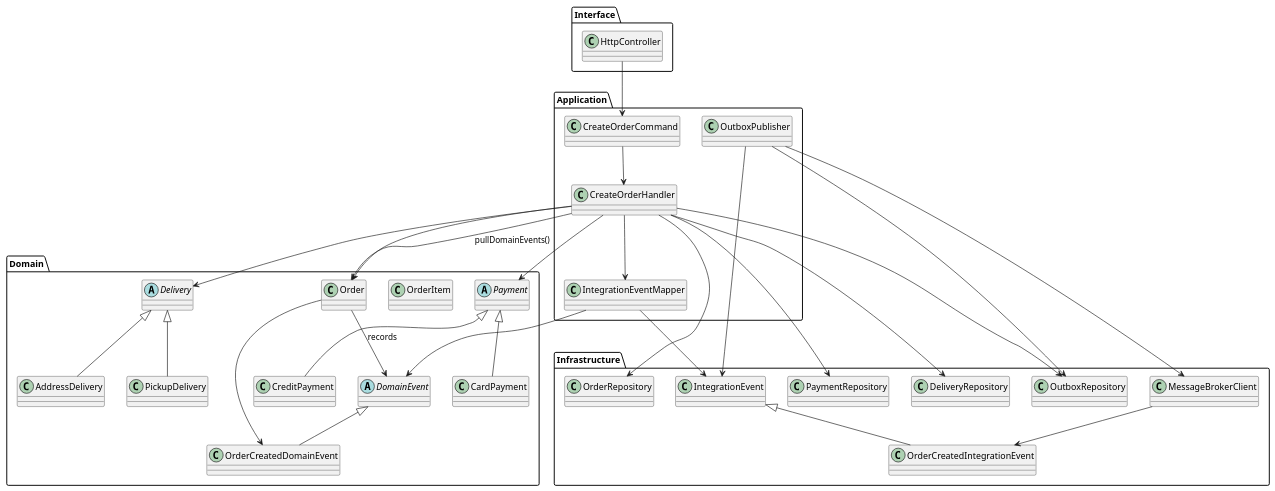
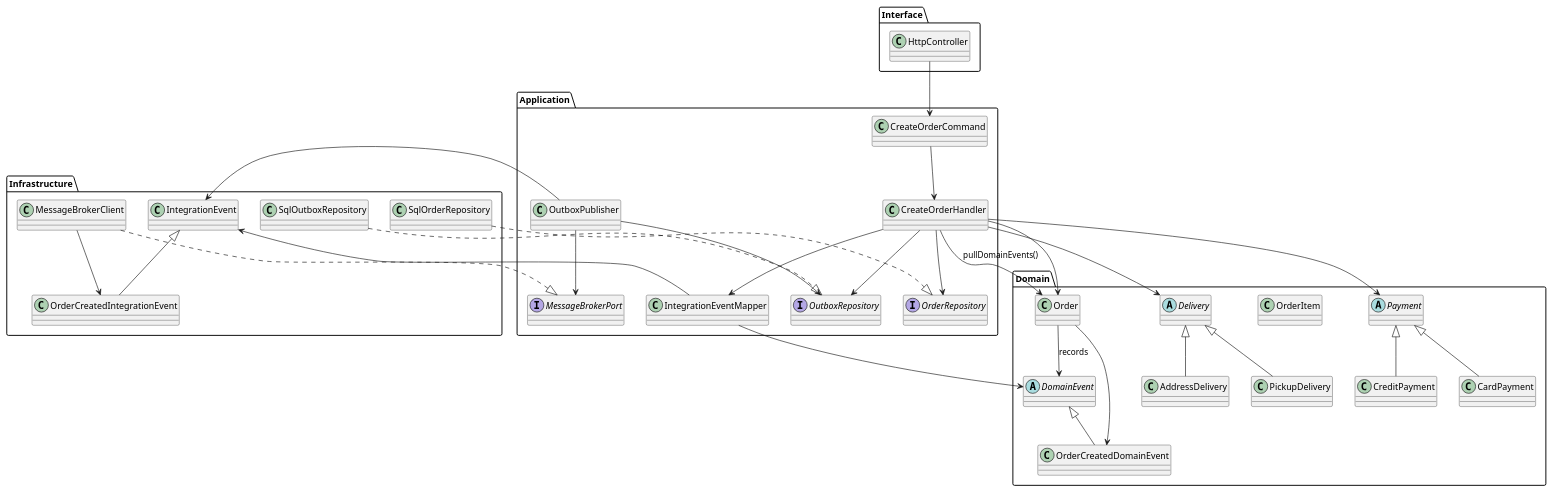
One commit to robotateme/order-service-design changed the diagram in architecture.puml. Above: the diagram before and after it, drawn with PlantUML.

Commit message:
Fix layer dependencies with application ports

```diff
--- a/architecture.puml
+++ b/architecture.puml
@@ -1,70 +1,72 @@
 @startuml
 
 package Application {
 class CreateOrderCommand
 class CreateOrderHandler
 class OutboxPublisher
 class IntegrationEventMapper
+interface OrderRepository
+interface OutboxRepository
+interface MessageBrokerPort
 }
 
 package Domain {
 class Order
 class OrderItem
 abstract class DomainEvent
 class OrderCreatedDomainEvent
 abstract class Delivery
 class PickupDelivery
 class AddressDelivery
 
 abstract class Payment
 class CardPayment
 class CreditPayment
 }
 
 package Infrastructure {
-class OrderRepository
-class PaymentRepository
-class DeliveryRepository
-class OutboxRepository
+class SqlOrderRepository
+class SqlOutboxRepository
 class MessageBrokerClient
 class IntegrationEvent
 class OrderCreatedIntegrationEvent
 }
 
 package Interface {
 class HttpController
 }
 
 HttpController --> CreateOrderCommand
 CreateOrderCommand --> CreateOrderHandler
 
 CreateOrderHandler --> Order
 CreateOrderHandler --> Delivery
 CreateOrderHandler --> Payment
 CreateOrderHandler --> IntegrationEventMapper
 
 CreateOrderHandler --> OrderRepository
-CreateOrderHandler --> DeliveryRepository
-CreateOrderHandler --> PaymentRepository
 CreateOrderHandler --> OutboxRepository
 
 Order --> DomainEvent : records
 Order --> OrderCreatedDomainEvent
 DomainEvent <|-- OrderCreatedDomainEvent
 CreateOrderHandler --> Order : pullDomainEvents()
 IntegrationEventMapper --> DomainEvent
 IntegrationEventMapper --> IntegrationEvent
 IntegrationEvent <|-- OrderCreatedIntegrationEvent
 
 Delivery <|-- PickupDelivery
 Delivery <|-- AddressDelivery
 
 Payment <|-- CardPayment
 Payment <|-- CreditPayment
 
 OutboxPublisher --> OutboxRepository
-OutboxPublisher --> MessageBrokerClient
+OutboxPublisher --> MessageBrokerPort
 OutboxPublisher --> IntegrationEvent
+SqlOrderRepository ..|> OrderRepository
+SqlOutboxRepository ..|> OutboxRepository
+MessageBrokerClient ..|> MessageBrokerPort
 MessageBrokerClient --> OrderCreatedIntegrationEvent
 
 @enduml
```
